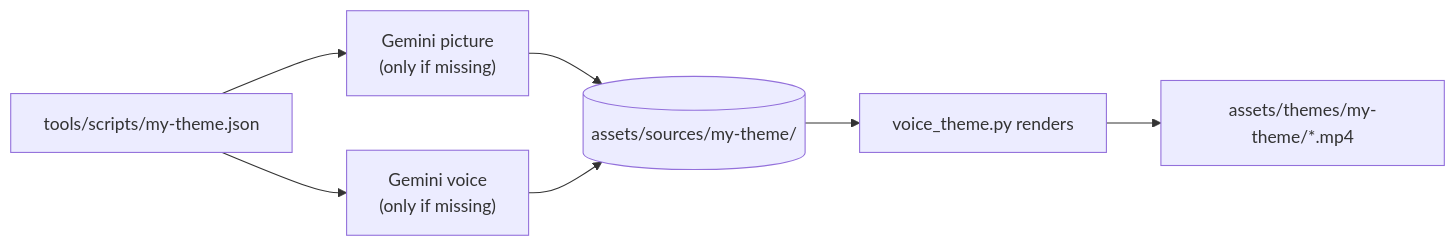
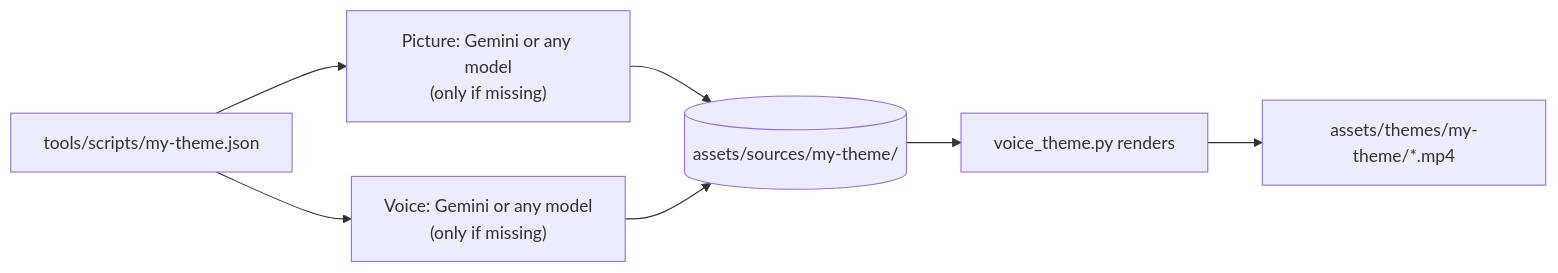
Before and after one commit to jpcaparas/crystal-ball-themes: the second of 2 diagrams in docs/themes.md, drawn with Mermaid. The commit also changed other lines of this file and 45 other files, not shown here.

````diff
--- a/docs/themes.md
+++ b/docs/themes.md
@@ -69,9 +69,9 @@
 ```mermaid
 flowchart LR
-    script["tools/scripts/my-theme.json"] --> art["Gemini picture<br/>(only if missing)"]
-    script --> voice["Gemini voice<br/>(only if missing)"]
+    script["tools/scripts/my-theme.json"] --> art["Picture: Gemini or any model<br/>(only if missing)"]
+    script --> voice["Voice: Gemini or any model<br/>(only if missing)"]
     art --> sources[("assets/sources/my-theme/")]
     voice --> sources
     sources --> render["voice_theme.py renders"]
     render --> clips["assets/themes/my-theme/*.mp4"]
 ```
````
